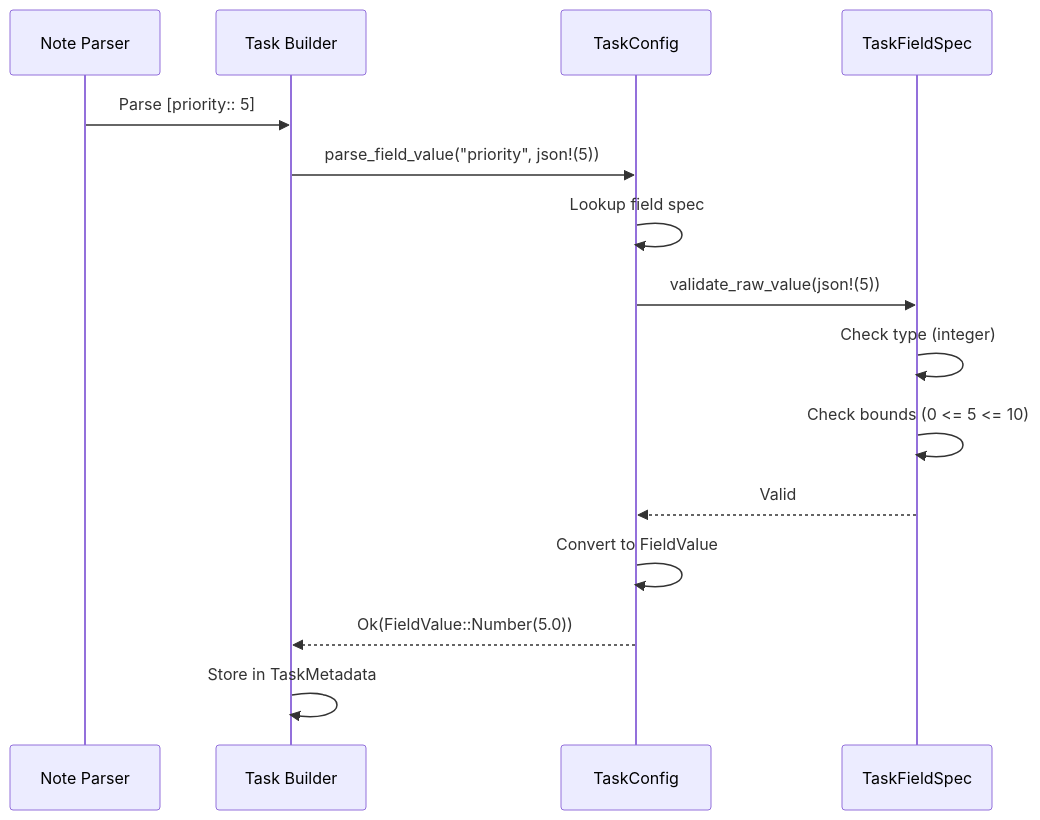
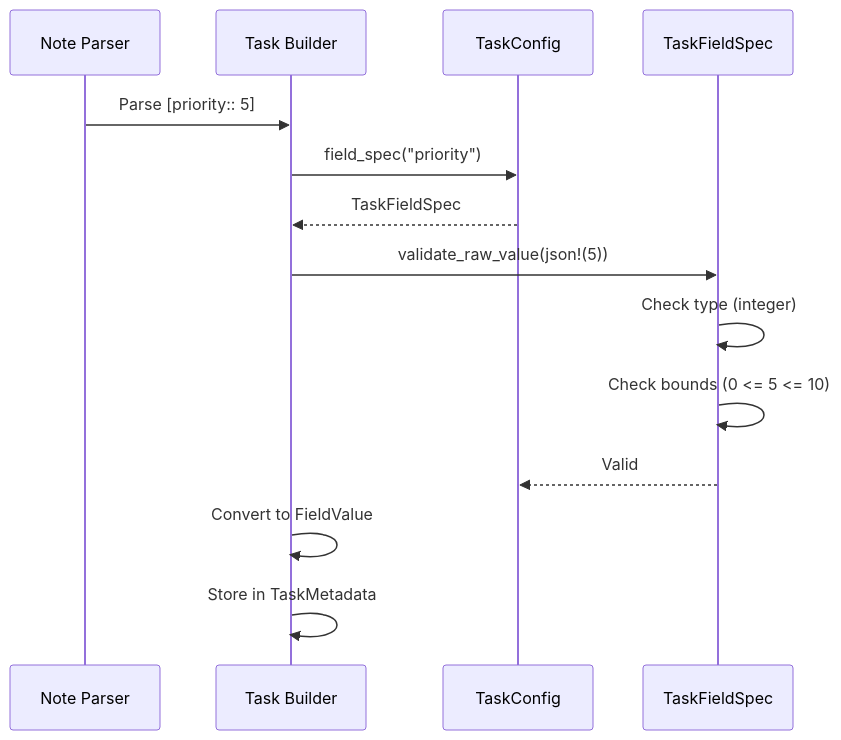
One commit to JackMatanky/lithos changed the third of 3 diagrams in docs/design/003-config-task.md. Above: the diagram before and after it, drawn with Mermaid. The commit also changed other lines of this file and 2 other files, not shown here.

First line of the commit message:
docs(design): add config ingest/raw flow and Figment integration

````diff
--- a/docs/design/003-config-task.md
+++ b/docs/design/003-config-task.md
@@ -768,18 +772,17 @@
 ```mermaid
 sequenceDiagram
     participant Parser as Note Parser
     participant Task as Task Builder
     participant Config as TaskConfig
     participant Spec as TaskFieldSpec
 
     Parser->>Task: Parse [priority:: 5]
-    Task->>Config: parse_field_value("priority", json!(5))
-    Config->>Config: Lookup field spec
-    Config->>Spec: validate_raw_value(json!(5))
+    Task->>Config: field_spec("priority")
+    Config-->>Task: TaskFieldSpec
+    Task->>Spec: validate_raw_value(json!(5))
     Spec->>Spec: Check type (integer)
     Spec->>Spec: Check bounds (0 <= 5 <= 10)
     Spec-->>Config: Valid
-    Config->>Config: Convert to FieldValue
-    Config-->>Task: Ok(FieldValue::Number(5.0))
+    Task->>Task: Convert to FieldValue
     Task->>Task: Store in TaskMetadata
 ```
````
